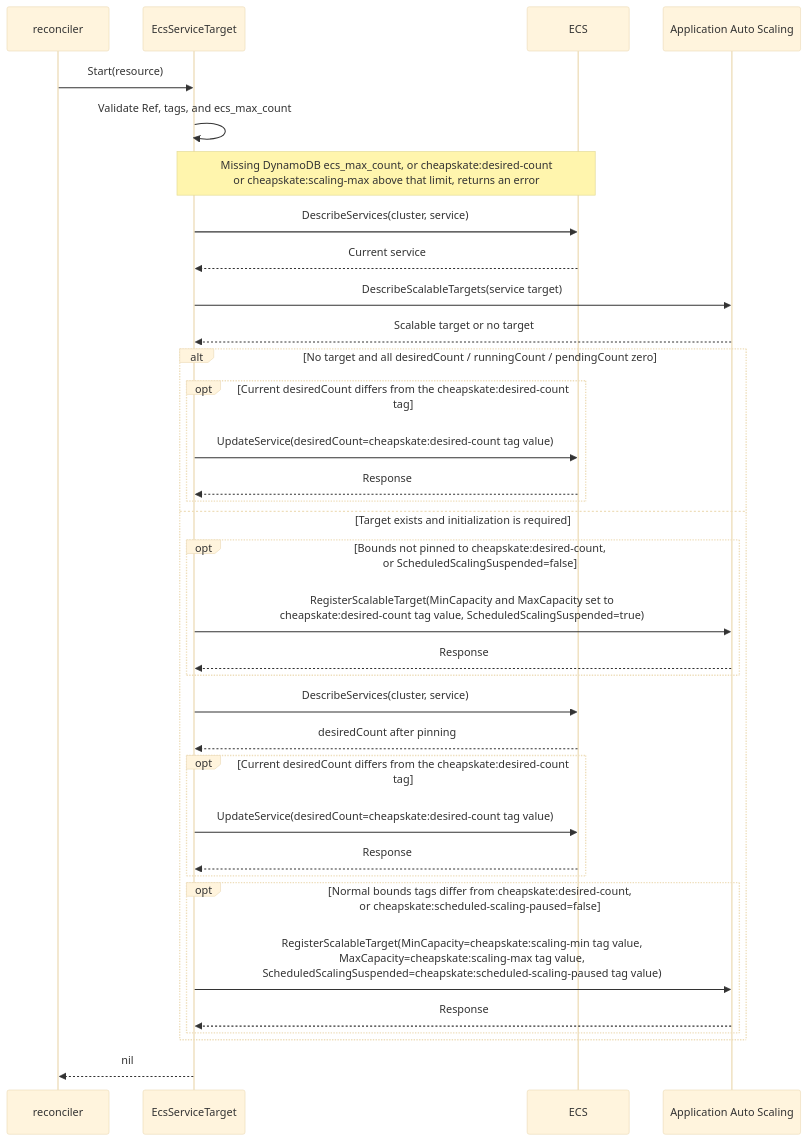
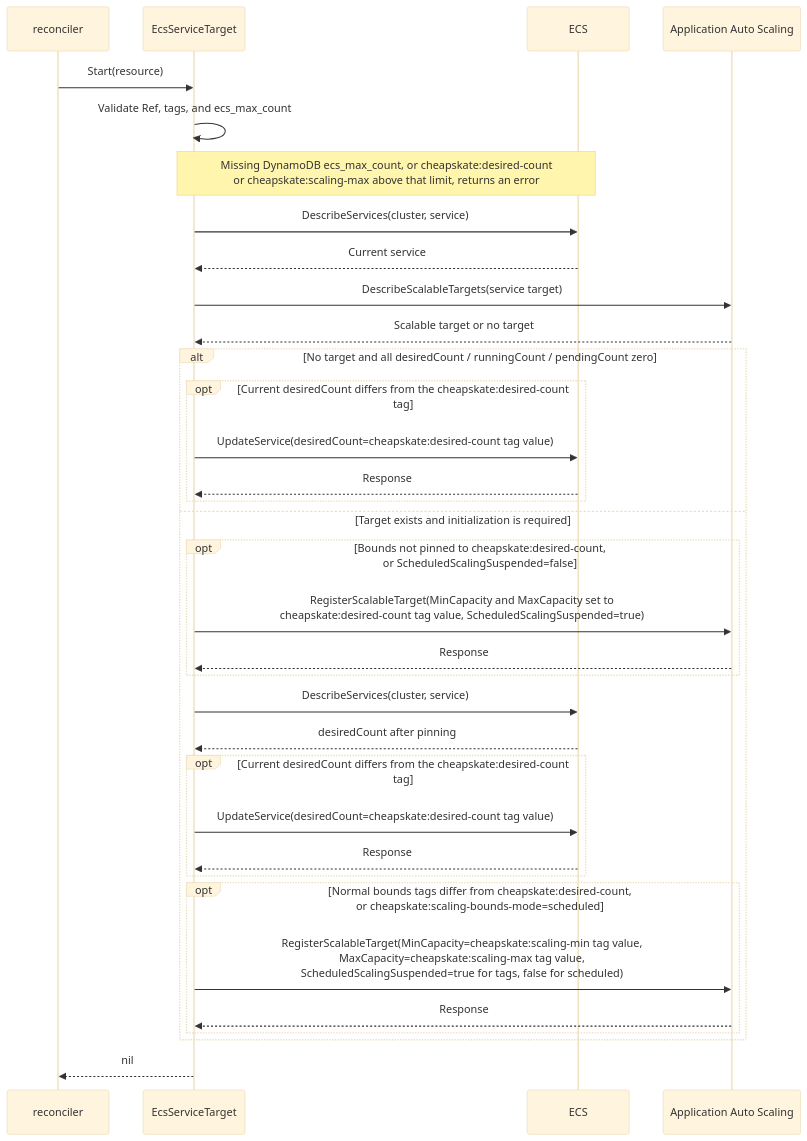
One commit to moepig/cheapskate changed the seventh of 9 diagrams in docs/en/development/resource_sequence.md. Above: the diagram before and after it, drawn with Mermaid (base theme). The commit also changed other lines of this file and 22 other files, not shown here.

Commit message:
Clarify ECS scaling bounds management modes

````diff
--- a/docs/en/development/resource_sequence.md
+++ b/docs/en/development/resource_sequence.md
@@ -256,36 +258,36 @@
 ```mermaid
 sequenceDiagram
     participant Reconciler as reconciler
     participant Adapter as EcsServiceTarget
     participant EcsAPI as ECS
     participant AutoScaling as Application Auto Scaling
     Reconciler->>Adapter: Start(resource)
     Adapter->>Adapter: Validate Ref, tags, and ecs_max_count
     Note over Adapter,EcsAPI: Missing DynamoDB ecs_max_count, or cheapskate:desired-count<br/>or cheapskate:scaling-max above that limit, returns an error
     Adapter->>EcsAPI: DescribeServices(cluster, service)
     EcsAPI-->>Adapter: Current service
     Adapter->>AutoScaling: DescribeScalableTargets(service target)
     AutoScaling-->>Adapter: Scalable target or no target
     alt No target and all desiredCount / runningCount / pendingCount zero
         opt Current desiredCount differs from the cheapskate:desired-count tag
             Adapter->>EcsAPI: UpdateService(desiredCount=cheapskate:desired-count tag value)
             EcsAPI-->>Adapter: Response
         end
     else Target exists and initialization is required
         opt Bounds not pinned to cheapskate:desired-count,<br/>or ScheduledScalingSuspended=false
             Adapter->>AutoScaling: RegisterScalableTarget(MinCapacity and MaxCapacity set to<br/>cheapskate:desired-count tag value, ScheduledScalingSuspended=true)
             AutoScaling-->>Adapter: Response
         end
         Adapter->>EcsAPI: DescribeServices(cluster, service)
         EcsAPI-->>Adapter: desiredCount after pinning
         opt Current desiredCount differs from the cheapskate:desired-count tag
             Adapter->>EcsAPI: UpdateService(desiredCount=cheapskate:desired-count tag value)
             EcsAPI-->>Adapter: Response
         end
-        opt Normal bounds tags differ from cheapskate:desired-count,<br/>or cheapskate:scheduled-scaling-paused=false
-            Adapter->>AutoScaling: RegisterScalableTarget(MinCapacity=cheapskate:scaling-min tag value,<br/>MaxCapacity=cheapskate:scaling-max tag value,<br/>ScheduledScalingSuspended=cheapskate:scheduled-scaling-paused tag value)
+        opt Normal bounds tags differ from cheapskate:desired-count,<br/>or cheapskate:scaling-bounds-mode=scheduled
+            Adapter->>AutoScaling: RegisterScalableTarget(MinCapacity=cheapskate:scaling-min tag value,<br/>MaxCapacity=cheapskate:scaling-max tag value,<br/>ScheduledScalingSuspended=true for tags, false for scheduled)
             AutoScaling-->>Adapter: Response
         end
     end
     Adapter-->>Reconciler: nil
 ```
````
